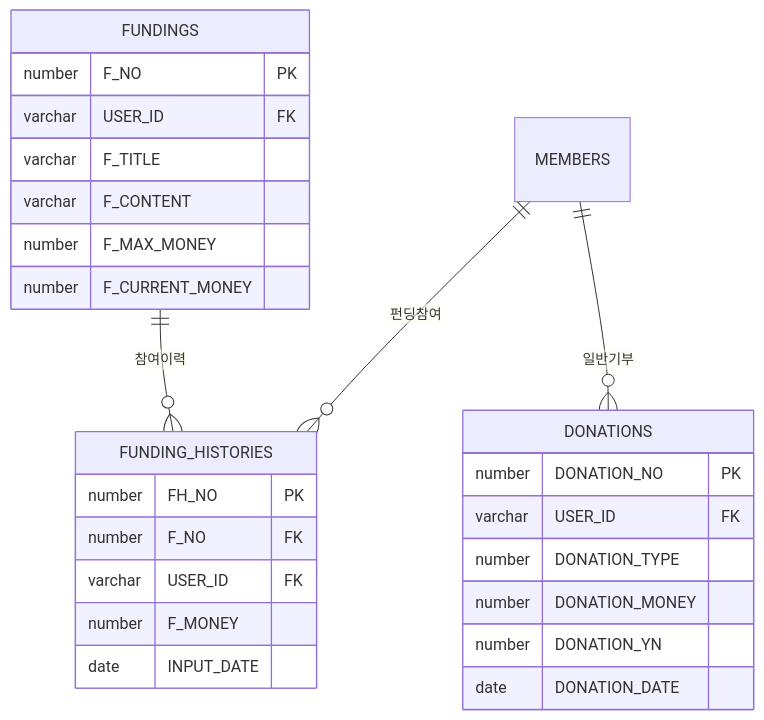
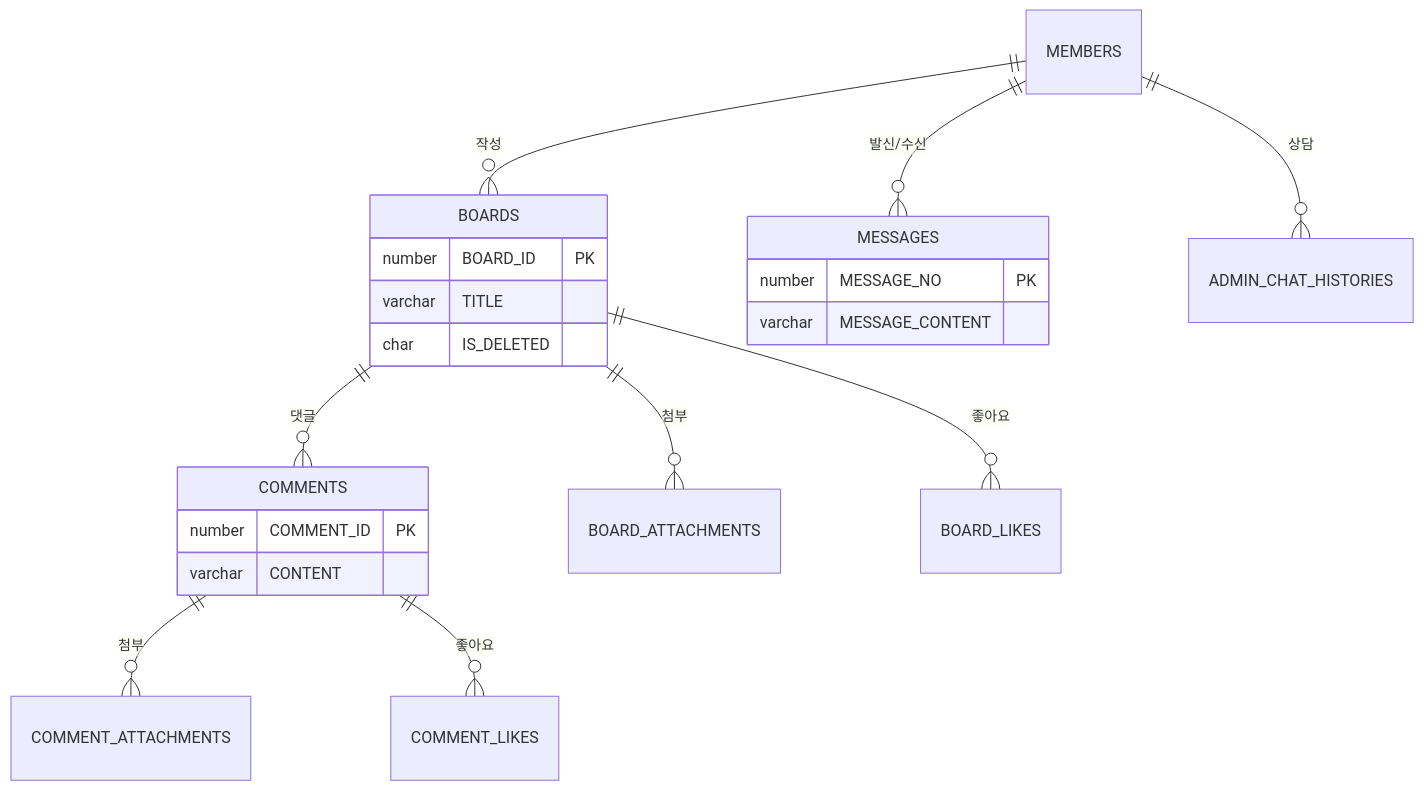
The fourth of 6 diagrams in erd.md (KJH-Portfolio/202511-stray-dog-volunteer), drawn with Mermaid before and after one commit. The commit also changed other lines of this file and 1 other file, not shown here.

````diff
--- a/erd.md
+++ b/erd.md
@@ -539,29 +469,26 @@
 ```mermaid
 erDiagram
-    FUNDINGS {
-        number F_NO PK
-        varchar USER_ID FK
-        varchar F_TITLE
-        varchar F_CONTENT
-        number F_MAX_MONEY
-        number F_CURRENT_MONEY
+    MEMBERS ||--o{ BOARDS : "작성"
+    BOARDS ||--o{ COMMENTS : "댓글"
+    BOARDS ||--o{ BOARD_ATTACHMENTS : "첨부"
+    BOARDS ||--o{ BOARD_LIKES : "좋아요"
+    COMMENTS ||--o{ COMMENT_ATTACHMENTS : "첨부"
+    COMMENTS ||--o{ COMMENT_LIKES : "좋아요"
+    
+    MEMBERS ||--o{ MESSAGES : "발신/수신"
+    MEMBERS ||--o{ ADMIN_CHAT_HISTORIES : "상담"
+    
+    BOARDS {
+        number BOARD_ID PK
+        varchar TITLE
+        char IS_DELETED
     }
-    FUNDING_HISTORIES {
-        number FH_NO PK
-        number F_NO FK
-        varchar USER_ID FK
-        number F_MONEY
-        date INPUT_DATE
+    COMMENTS {
+        number COMMENT_ID PK
+        varchar CONTENT
     }
-    DONATIONS {
-        number DONATION_NO PK
-        varchar USER_ID FK
-        number DONATION_TYPE
-        number DONATION_MONEY
-        number DONATION_YN
-        date DONATION_DATE
+    MESSAGES {
+        number MESSAGE_NO PK
+        varchar MESSAGE_CONTENT
     }
-    FUNDINGS ||--o{ FUNDING_HISTORIES : "참여이력"
-    MEMBERS ||--o{ FUNDING_HISTORIES : "펀딩참여"
-    MEMBERS ||--o{ DONATIONS : "일반기부"
 ```
````
